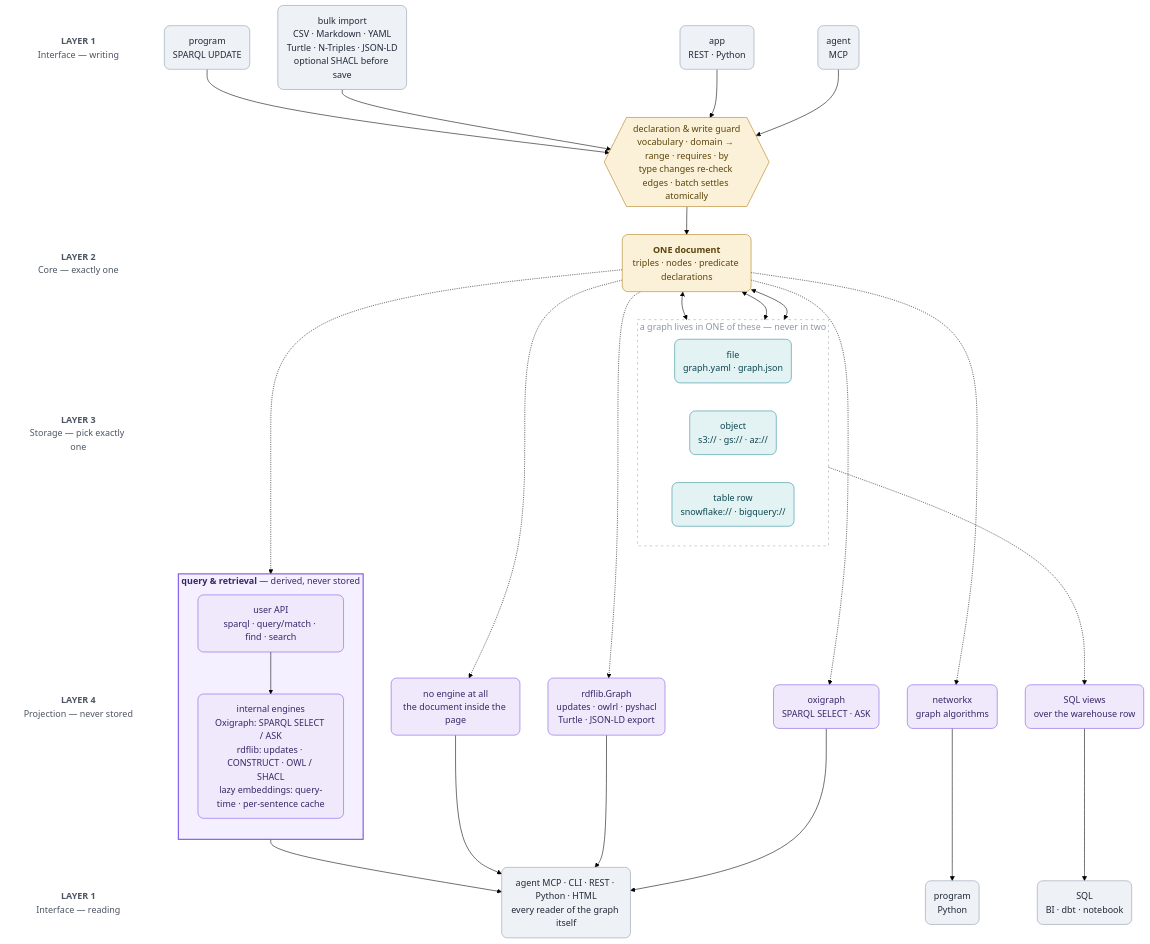
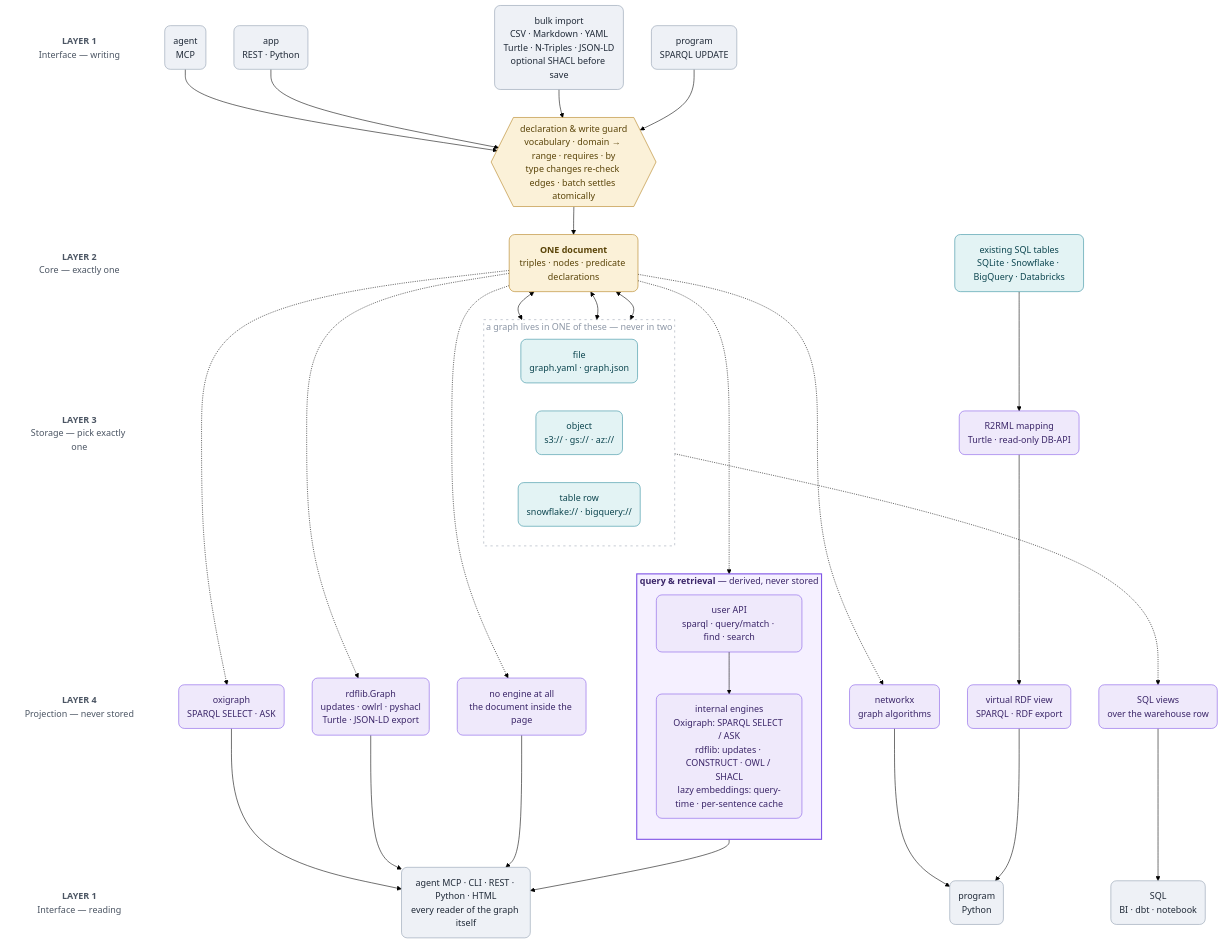
Before and after one commit to RyutoYoda/trikedb: the diagram in docs/ARCHITECTURE.md, drawn with Mermaid (forest theme). The commit also changed other lines of this file and 7 other files, not shown here.

Commit message:
Add R2RML virtual RDF views over relational tables (#63)

````diff
--- a/docs/ARCHITECTURE.md
+++ b/docs/ARCHITECTURE.md
@@ -7,75 +7,79 @@
 ```mermaid
 flowchart TB
     LA["<b>LAYER 1</b><br/>Interface — writing"]
     LG[" "]
     LB["<b>LAYER 2</b><br/>Core — exactly one"]
     LC["<b>LAYER 3</b><br/>Storage — pick exactly one"]
     LD["<b>LAYER 4</b><br/>Projection — never stored"]
     LE["<b>LAYER 1</b><br/>Interface — reading"]
     LA ~~~ LG ~~~ LB ~~~ LC ~~~ LD ~~~ LE
 
     WA("agent<br/>MCP")
     WC("app<br/>REST · Python")
     WI("bulk import<br/>CSV · Markdown · YAML<br/>Turtle · N-Triples · JSON-LD<br/>optional SHACL before save")
     WP("program<br/>SPARQL UPDATE")
     G{{"declaration & write guard<br/>vocabulary · domain → range · requires · by<br/>type changes re-check edges · batch settles atomically"}}
     C("<b>ONE document</b><br/>triples · nodes · predicate declarations")
     subgraph pick["a graph lives in ONE of these — never in two"]
         direction LR
         SF("file<br/>graph.yaml · graph.json")
         SO("object<br/>s3:// · gs:// · az://")
         SW("table row<br/>snowflake:// · bigquery://")
     end
     PO("oxigraph<br/>SPARQL SELECT · ASK")
     PR("rdflib.Graph<br/>updates · owlrl · pyshacl<br/>Turtle · JSON-LD export")
     PN("networkx<br/>graph algorithms")
     PV("SQL views<br/>over the warehouse row")
     PD("no engine at all<br/>the document inside the page")
     subgraph query["<b>query & retrieval</b> — derived, never stored"]
         direction TB
         QAPI["user API<br/>sparql · query/match · find · search"]
         QENG["internal engines<br/>Oxigraph: SPARQL SELECT / ASK<br/>rdflib: updates · CONSTRUCT · OWL / SHACL<br/>lazy embeddings: query-time · per-sentence cache"]
         QAPI --> QENG
     end
     RQ("agent MCP · CLI · REST · Python · HTML<br/>every reader of the graph itself")
     RG("program<br/>Python")
     RS("SQL<br/>BI · dbt · notebook")
+    RT("existing SQL tables<br/>SQLite · Snowflake · BigQuery · Databricks")
+    RM("R2RML mapping<br/>Turtle · read-only DB-API")
+    RV("virtual RDF view<br/>SPARQL · RDF export")
 
     WA --> G
     WC --> G
     WI --> G
     WP --> G
     G --> C
     C <--> SF
     C <--> SO
     C <--> SW
     SF ~~~ PO
     SF ~~~ PR
     SO ~~~ PN
     SW -.-> PV
     SW ~~~ PD
     C -.-> PO
     C -.-> PR
     C -.-> PN
     C -.-> PD
     C -.-> QAPI
     QENG --> RQ
     PO --> RQ
     PR --> RQ
     PN --> RG
     PV --> RS
     PD --> RQ
+    RT --> RM --> RV --> RG
 
     style pick fill:none,stroke:#9aa4b3,stroke-width:1px,stroke-dasharray:4 6,color:#8d97a6
     style query fill:#f5f0ff,stroke:#8055e6,stroke-width:2px,color:#3a2568
     classDef lbl fill:none,stroke:none,color:#4b5563
     classDef iface fill:#eef1f6,stroke:#8d9aad,color:#1f2937,rx:10,ry:10
     classDef core fill:#fbf1d8,stroke:#b07d17,color:#5a4409,rx:10,ry:10
     classDef store fill:#e3f3f4,stroke:#2b8a9c,color:#0c454f,rx:10,ry:10
     classDef proj fill:#efe9fb,stroke:#8055e6,color:#3a2568,rx:10,ry:10
     class LA,LG,LB,LC,LD,LE lbl
     class WA,WC,WI,WP,RQ,RG,RS iface
     class C,G core
-    class SF,SO,SW store
-    class PO,PR,PN,PV,PD,QAPI,QENG proj
+    class SF,SO,SW,RT store
+    class PO,PR,PN,PV,PD,QAPI,QENG,RM,RV proj
 ```
````
